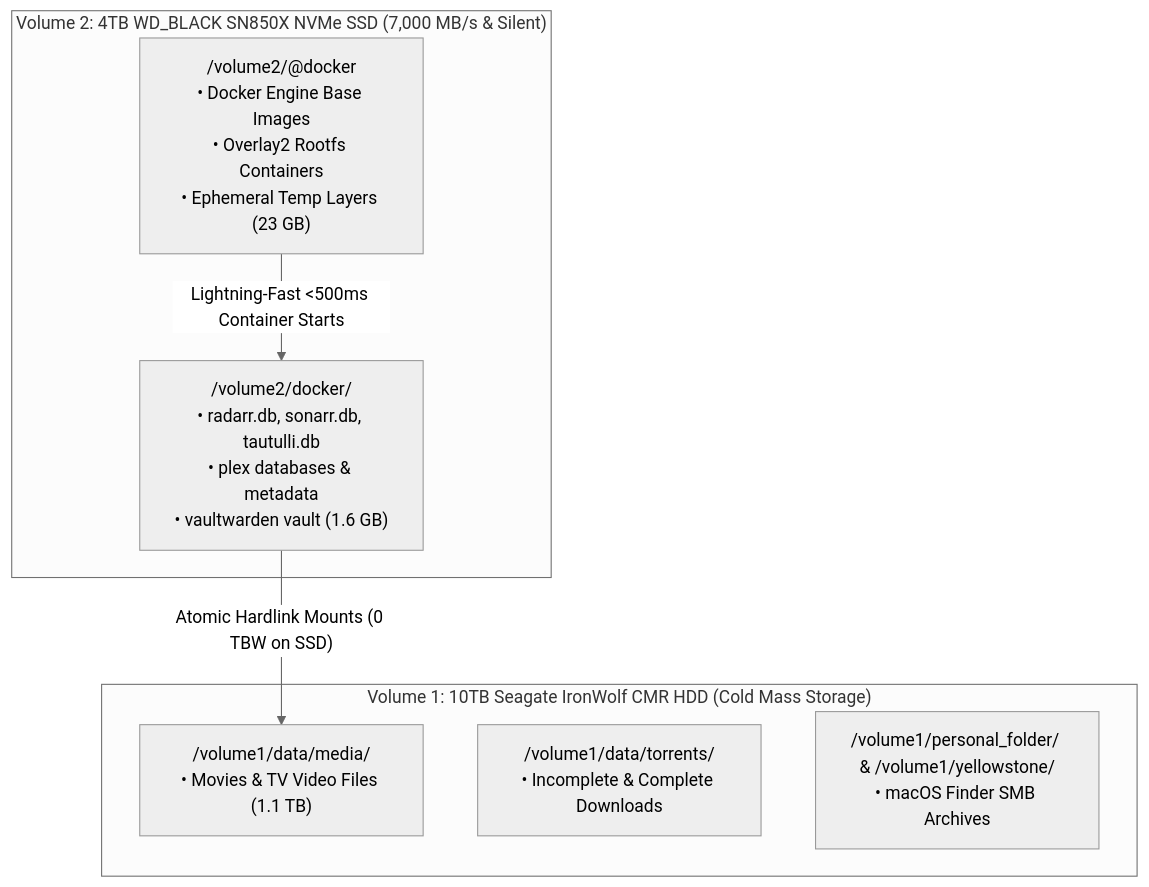
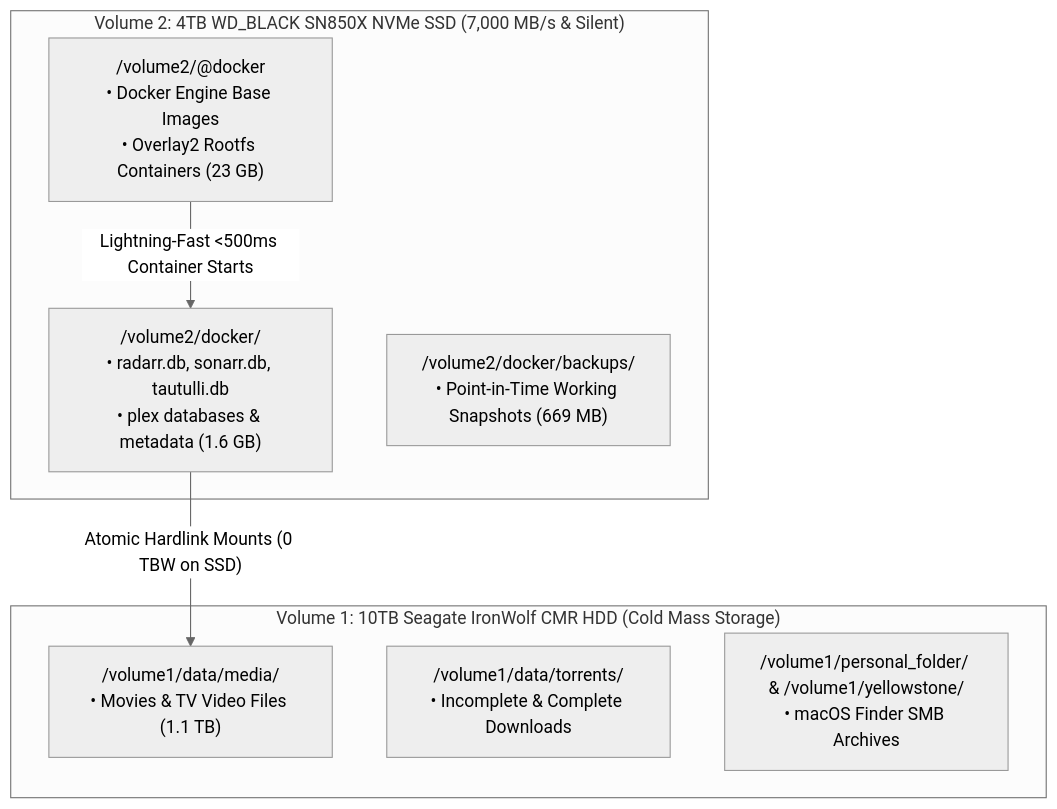
Before and after one commit to deepshah08/Learning: the diagram in ugreen_nas/STORAGE_TIERING_AND_NVME_ARCHITECTURE.md, drawn with Mermaid (neutral theme). The commit also changed other lines of this file, not shown here.

Commit message:
docs(snapshot-vault): document 669MB working configuration snapshot and 100% verified post-update service matrix

````diff
--- a/ugreen_nas/STORAGE_TIERING_AND_NVME_ARCHITECTURE.md
+++ b/ugreen_nas/STORAGE_TIERING_AND_NVME_ARCHITECTURE.md
@@ -13,16 +14,17 @@
 ```mermaid
 flowchart TD
     subgraph NVMe["Volume 2: 4TB WD_BLACK SN850X NVMe SSD (7,000 MB/s & Silent)"]
-        DockerRoot["/volume2/@docker\n• Docker Engine Base Images\n• Overlay2 Rootfs Containers\n• Ephemeral Temp Layers (23 GB)"]
-        AppConfigs["/volume2/docker/\n• radarr.db, sonarr.db, tautulli.db\n• plex databases & metadata\n• vaultwarden vault (1.6 GB)"]
+        DockerRoot["/volume2/@docker\n• Docker Engine Base Images\n• Overlay2 Rootfs Containers (23 GB)"]
+        AppConfigs["/volume2/docker/\n• radarr.db, sonarr.db, tautulli.db\n• plex databases & metadata (1.6 GB)"]
+        Snapshots["/volume2/docker/backups/\n• Point-in-Time Working Snapshots (669 MB)"]
     end
 
     subgraph CMR["Volume 1: 10TB Seagate IronWolf CMR HDD (Cold Mass Storage)"]
         MediaFiles["/volume1/data/media/\n• Movies & TV Video Files (1.1 TB)"]
         Torrents["/volume1/data/torrents/\n• Incomplete & Complete Downloads"]
         PersonalShares["/volume1/personal_folder/ & /volume1/yellowstone/\n• macOS Finder SMB Archives"]
     end
 
     DockerRoot -->|"Lightning-Fast <500ms Container Starts"| AppConfigs
     AppConfigs -->|"Atomic Hardlink Mounts (0 TBW on SSD)"| MediaFiles
 ```
````
